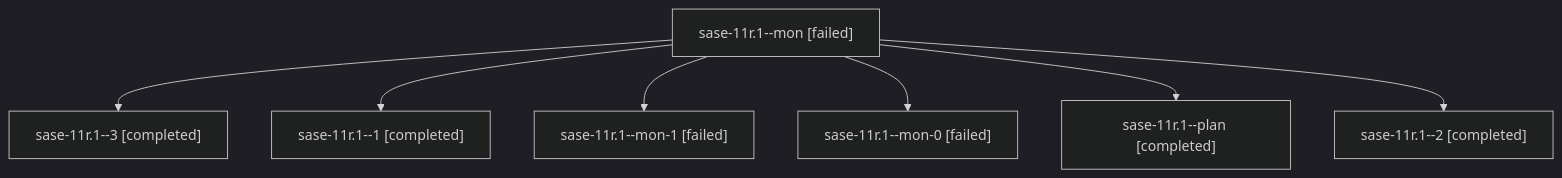
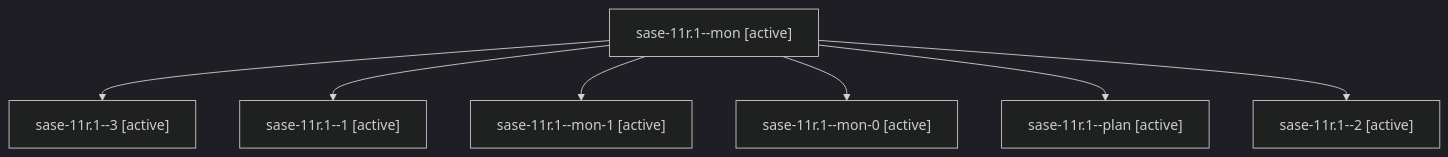
The diagram in families/bbugyi200.athena.sase-11r.1.md (sase-org/sase--agents), drawn with Mermaid (dark theme) before and after one commit. The commit also changed other lines of this file and 35830 other files, not shown here.

````diff
--- a/families/bbugyi200.athena.sase-11r.1.md
+++ b/families/bbugyi200.athena.sase-11r.1.md
@@ -9,16 +9,16 @@
 ```mermaid
 flowchart TD
-  n0["sase-11r.1--mon [failed]"]
-  n1["sase-11r.1--3 [completed]"]
+  n0["sase-11r.1--mon [active]"]
+  n1["sase-11r.1--3 [active]"]
   n0 --> n1
-  n2["sase-11r.1--1 [completed]"]
+  n2["sase-11r.1--1 [active]"]
   n0 --> n2
-  n3["sase-11r.1--mon-1 [failed]"]
+  n3["sase-11r.1--mon-1 [active]"]
   n0 --> n3
-  n4["sase-11r.1--mon-0 [failed]"]
+  n4["sase-11r.1--mon-0 [active]"]
   n0 --> n4
-  n5["sase-11r.1--plan [completed]"]
+  n5["sase-11r.1--plan [active]"]
   n0 --> n5
-  n6["sase-11r.1--2 [completed]"]
+  n6["sase-11r.1--2 [active]"]
   n0 --> n6
 ```
````
